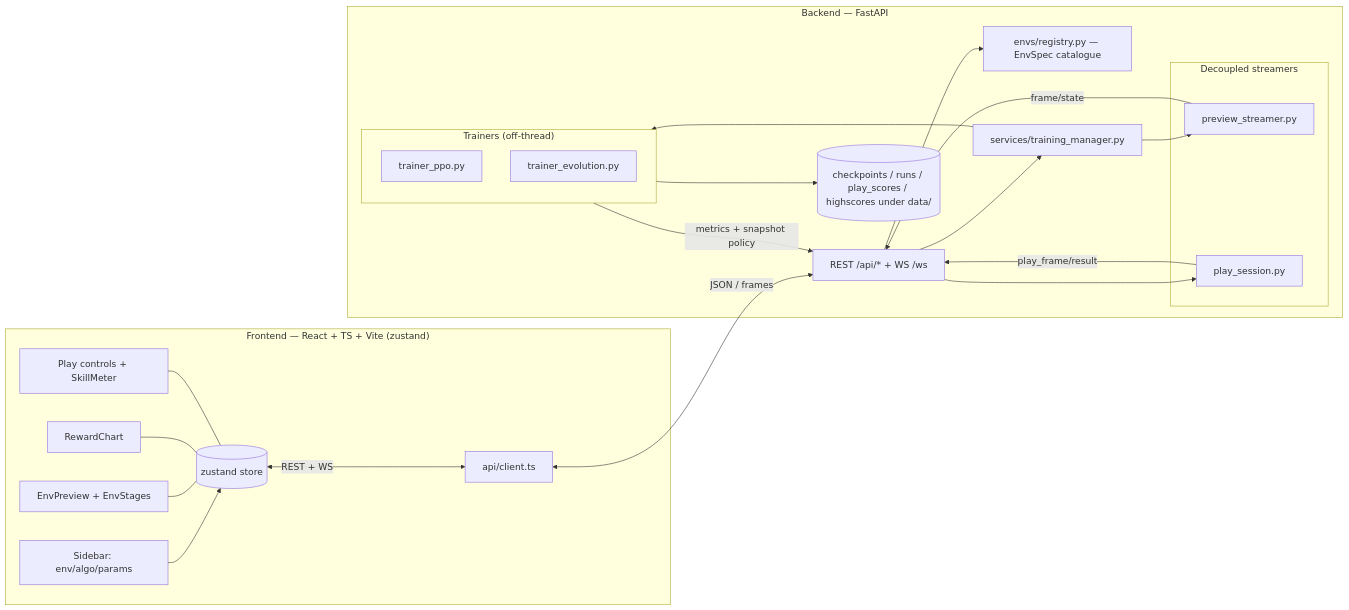
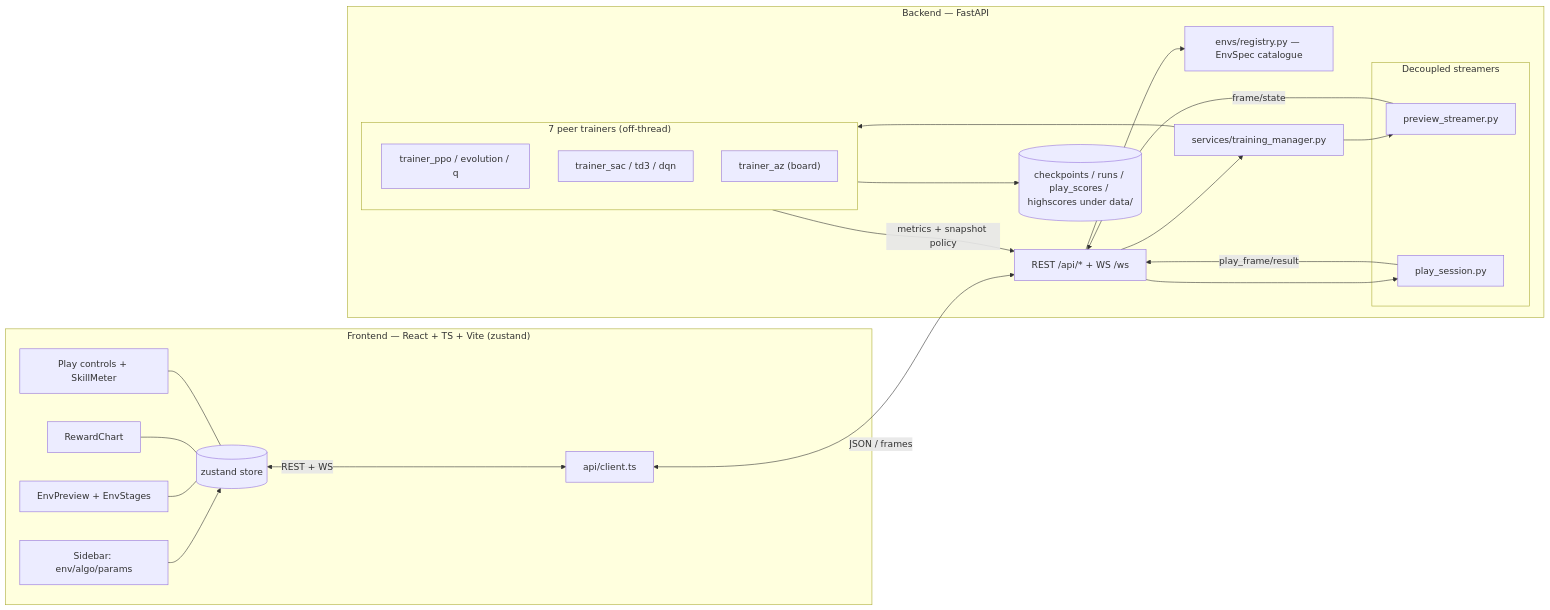
Before and after one commit to Martin8O/RL-Lab: the diagram in docs/architecture.md, drawn with Mermaid. The commit also changed other lines of this file and 21 other files, not shown here.

````diff
--- a/docs/architecture.md
+++ b/docs/architecture.md
@@ -13,36 +15,37 @@
 ```mermaid
 flowchart LR
   subgraph FE["Frontend — React + TS + Vite (zustand)"]
     SB[Sidebar: env/algo/params] --> ST[(zustand store)]
     EP[EnvPreview + EnvStages] --- ST
     RC[RewardChart] --- ST
     PL[Play controls + SkillMeter] --- ST
     ST <-->|REST + WS| CL[api/client.ts]
   end
 
   subgraph BE["Backend — FastAPI"]
     API[REST /api/* + WS /ws]
     REG[envs/registry.py — EnvSpec catalogue]
     TM[services/training_manager.py]
-    subgraph TR["Trainers (off-thread)"]
-      PPO[trainer_ppo.py]
-      EVO[trainer_evolution.py]
+    subgraph TR["7 peer trainers (off-thread)"]
+      PPO["trainer_ppo / evolution / q"]
+      OFF["trainer_sac / td3 / dqn"]
+      AZ["trainer_az (board)"]
     end
     subgraph STR["Decoupled streamers"]
       PV[preview_streamer.py]
       PS[play_session.py]
     end
     STORE[(checkpoints / runs / play_scores / highscores under data/)]
   end
 
   CL <-->|JSON / frames| API
   API --> REG
   API --> TM
   TM --> TR
   TM --> PV
   API --> PS
   TR --> STORE
   TR -->|metrics + snapshot policy| API
   PV -->|frame/state| API
   PS -->|play_frame/result| API
 ```
````
